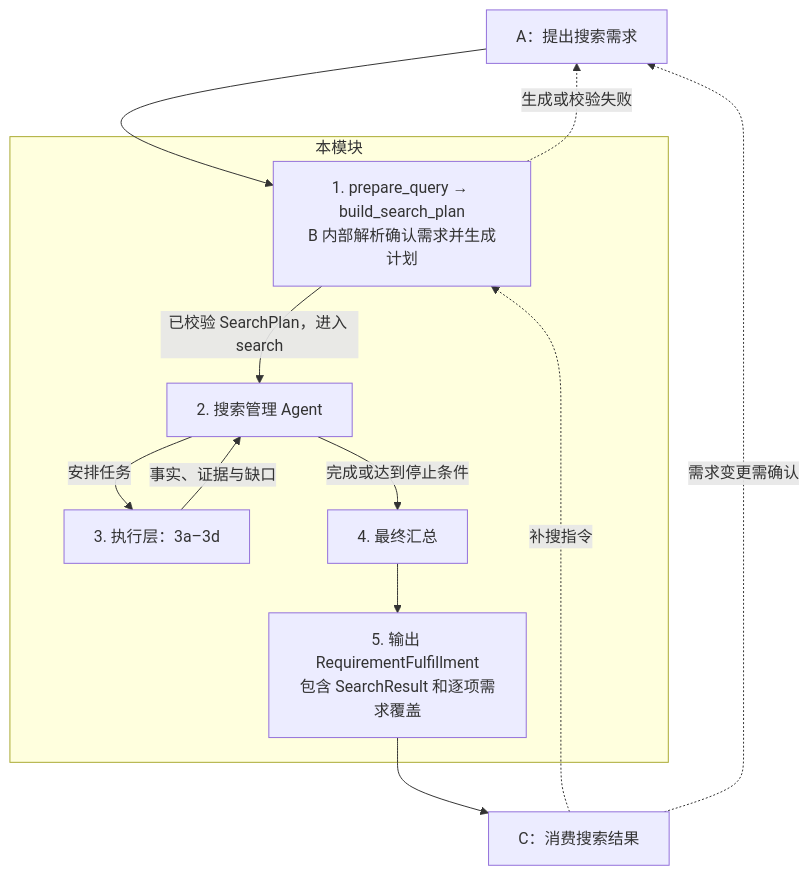
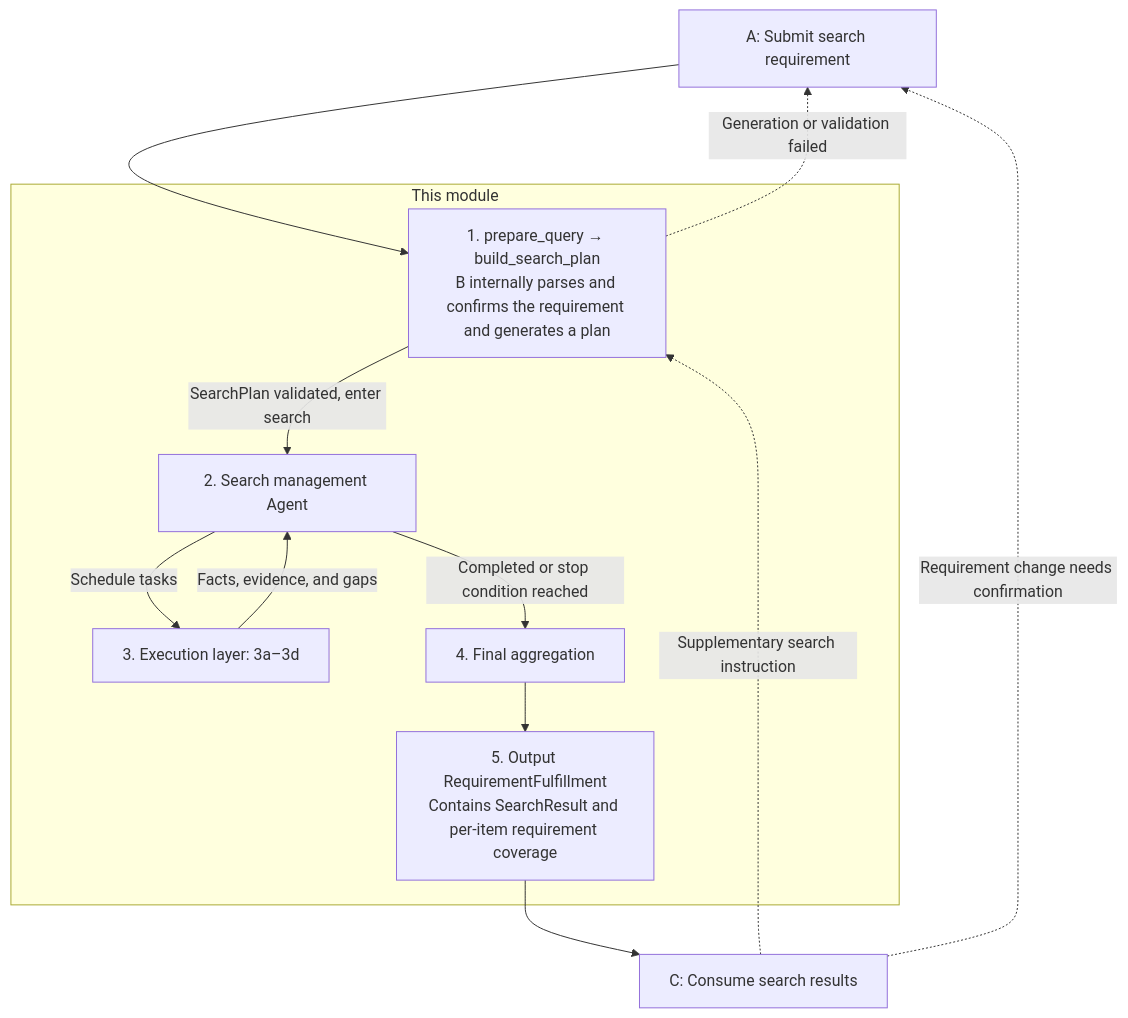
Before and after one commit to aksrrtpchsiung-max/Staylah: the diagram in docs/architecture.md, drawn with Mermaid. The commit also changed other lines of this file and 155 other files, not shown here.

````diff
--- a/docs/architecture.md
+++ b/docs/architecture.md
@@ -15,15 +15,15 @@
 ```mermaid
 flowchart TD
-    A["A：提出搜索需求"] --> P
-    subgraph S["本模块"]
-        P["1. prepare_query → build_search_plan<br/>B 内部解析确认需求并生成计划"] -->|已校验 SearchPlan，进入 search| M
-        M["2. 搜索管理 Agent"] -->|安排任务| E["3. 执行层：3a–3d"]
-        E -->|事实、证据与缺口| M
-        M -->|完成或达到停止条件| F["4. 最终汇总"]
-        F --> O["5. 输出 RequirementFulfillment<br/>包含 SearchResult 和逐项需求覆盖"]
+    A["A: Submit search requirement"] --> P
+    subgraph S["This module"]
+        P["1. prepare_query → build_search_plan<br/>B internally parses and confirms the requirement and generates a plan"] -->|SearchPlan validated, enter search| M
+        M["2. Search management Agent"] -->|Schedule tasks| E["3. Execution layer: 3a–3d"]
+        E -->|Facts, evidence, and gaps| M
+        M -->|Completed or stop condition reached| F["4. Final aggregation"]
+        F --> O["5. Output RequirementFulfillment<br/>Contains SearchResult and per-item requirement coverage"]
     end
-    P -.生成或校验失败.-> A
-    O --> C["C：消费搜索结果"]
-    C -.补搜指令.-> P
-    C -.需求变更需确认.-> A
+    P -.Generation or validation failed.-> A
+    O --> C["C: Consume search results"]
+    C -.Supplementary search instruction.-> P
+    C -.Requirement change needs confirmation.-> A
 ```
````
